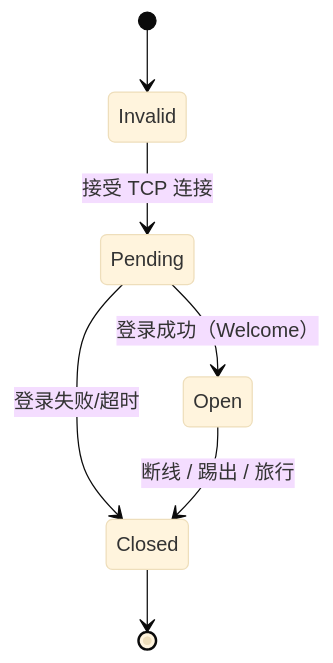
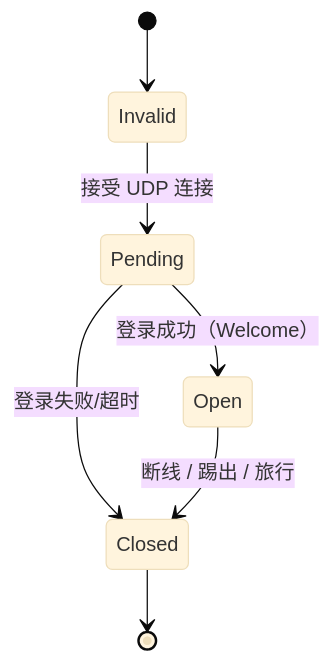
The third of 3 diagrams in 游戏知识/06-网络同步/04-多人游戏框架与玩家状态.md (fantuan812/learning), drawn with Mermaid (base theme) before and after one commit. The commit also changed other lines of this file and 36 other files, not shown here.

````diff
--- a/游戏知识/06-网络同步/04-多人游戏框架与玩家状态.md
+++ b/游戏知识/06-网络同步/04-多人游戏框架与玩家状态.md
@@ -202,9 +202,9 @@
 ```mermaid
 stateDiagram-v2
     [*] --> Invalid
-    Invalid --> Pending: 接受 TCP 连接
+    Invalid --> Pending: 接受 UDP 连接
     Pending --> Open: 登录成功（Welcome）
     Pending --> Closed: 登录失败/超时
     Open --> Closed: 断线 / 踢出 / 旅行
     Closed --> [*]
 ```
````
